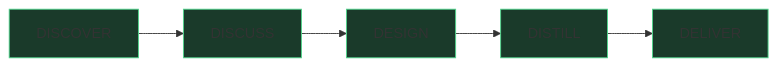
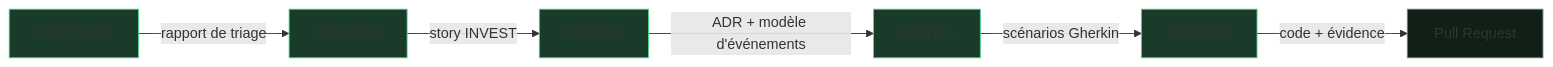
The diagram in docs/site/fr/pipeline/index.md (SebastienDegodez/skraft-plugin), drawn with Mermaid before and after one commit. The commit also changed other lines of this file and 17 other files, not shown here.

````diff
--- a/docs/site/fr/pipeline/index.md
+++ b/docs/site/fr/pipeline/index.md
@@ -12,12 +14,14 @@
 ```mermaid
 graph LR
-    D[DISCOVER] --> DI[DISCUSS]
-    DI --> DE[DESIGN]
-    DE --> DIS[DISTILL]
-    DIS --> DEL[DELIVER]
+    D[DISCOVER] -->|rapport de triage| DI[DISCUSS]
+    DI -->|story INVEST| DE[DESIGN]
+    DE -->|ADR + modèle d'événements| DIS[DISTILL]
+    DIS -->|scénarios Gherkin| DEL[DELIVER]
+    DEL -->|code + évidence| PR[Pull Request]
     style D fill:#1a3a2a,stroke:#4ed58a
     style DI fill:#1a3a2a,stroke:#4ed58a
     style DE fill:#1a3a2a,stroke:#4ed58a
     style DIS fill:#1a3a2a,stroke:#4ed58a
     style DEL fill:#1a3a2a,stroke:#4ed58a
+    style PR fill:#102016,stroke:#6f8478
 ```
````
